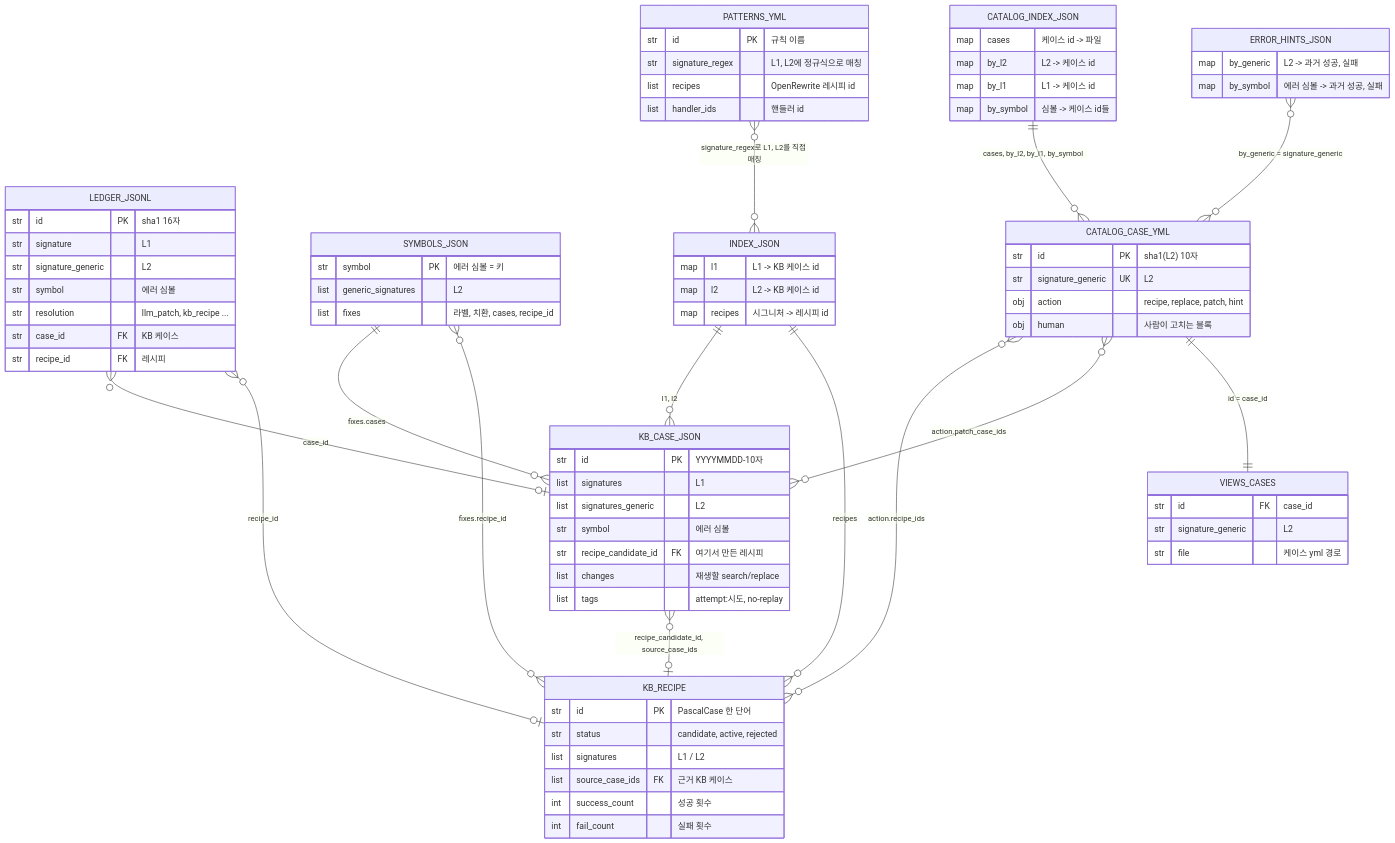
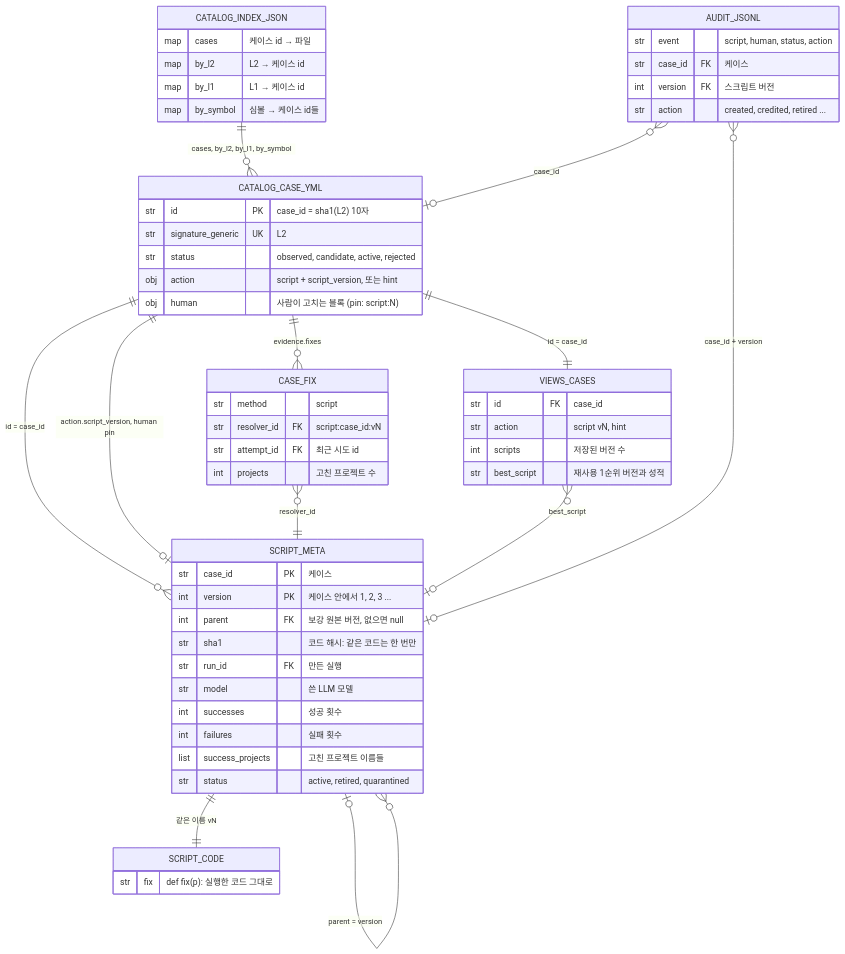
One commit to acandiatale/tutu changed the fourth of 7 diagrams in docs/kb-map/kb-map.md. Above: the diagram before and after it, drawn with Mermaid. The commit also changed other lines of this file and 3 other files, not shown here.

First line of the commit message:
Docs v2: INTERFACES 'as built' for step 1, KB map redrawn for kb-v2 (scripts, reviews), zoom no longer refits on its own label

````diff
--- a/docs/kb-map/kb-map.md
+++ b/docs/kb-map/kb-map.md
@@ -226,79 +293,60 @@
 ```mermaid
 erDiagram
-  KB_CASE_JSON {
-    str id PK "YYYYMMDD-10자"
-    list signatures "L1"
-    list signatures_generic "L2"
-    str symbol "에러 심볼"
-    str recipe_candidate_id FK "여기서 만든 레시피"
-    list changes "재생할 search/replace"
-    list tags "attempt:시도, no-replay"
+  CATALOG_CASE_YML {
+    str id PK "case_id = sha1(L2) 10자"
+    str signature_generic UK "L2"
+    str status "observed, candidate, active, rejected"
+    obj action "script + script_version, 또는 hint"
+    obj human "사람이 고치는 블록 (pin: script:N)"
   }
-  KB_RECIPE {
-    str id PK "PascalCase 한 단어"
-    str status "candidate, active, rejected"
-    list signatures "L1 / L2"
-    list source_case_ids FK "근거 KB 케이스"
-    int success_count "성공 횟수"
-    int fail_count "실패 횟수"
+  SCRIPT_META {
+    str case_id PK "케이스"
+    int version PK "케이스 안에서 1, 2, 3 ..."
+    int parent FK "보강 원본 버전, 없으면 null"
+    str sha1 "코드 해시: 같은 코드는 한 번만"
+    str run_id FK "만든 실행"
+    str model "쓴 LLM 모델"
+    int successes "성공 횟수"
+    int failures "실패 횟수"
+    list success_projects "고친 프로젝트 이름들"
+    str status "active, retired, quarantined"
   }
-  LEDGER_JSONL {
-    str id PK "sha1 16자"
-    str signature "L1"
-    str signature_generic "L2"
-    str symbol "에러 심볼"
-    str resolution "llm_patch, kb_recipe ..."
-    str case_id FK "KB 케이스"
-    str recipe_id FK "레시피"
+  SCRIPT_CODE {
+    str fix "def fix(p): 실행한 코드 그대로"
   }
-  SYMBOLS_JSON {
-    str symbol PK "에러 심볼 = 키"
-    list generic_signatures "L2"
-    list fixes "라벨, 치환, cases, recipe_id"
-  }
-  INDEX_JSON {
-    map l1 "L1 -> KB 케이스 id"
-    map l2 "L2 -> KB 케이스 id"
-    map recipes "시그니처 -> 레시피 id"
-  }
-  ERROR_HINTS_JSON {
-    map by_generic "L2 -> 과거 성공, 실패"
-    map by_symbol "에러 심볼 -> 과거 성공, 실패"
-  }
-  CATALOG_CASE_YML {
-    str id PK "sha1(L2) 10자"
-    str signature_generic UK "L2"
-    obj action "recipe, replace, patch, hint"
-    obj human "사람이 고치는 블록"
+  CASE_FIX {
+    str method "script"
+    str resolver_id FK "script:case_id:vN"
+    str attempt_id FK "최근 시도 id"
+    int projects "고친 프로젝트 수"
   }
   CATALOG_INDEX_JSON {
-    map cases "케이스 id -> 파일"
-    map by_l2 "L2 -> 케이스 id"
-    map by_l1 "L1 -> 케이스 id"
-    map by_symbol "심볼 -> 케이스 id들"
+    map cases "케이스 id → 파일"
+    map by_l2 "L2 → 케이스 id"
+    map by_l1 "L1 → 케이스 id"
+    map by_symbol "심볼 → 케이스 id들"
   }
   VIEWS_CASES {
     str id FK "case_id"
-    str signature_generic "L2"
-    str file "케이스 yml 경로"
+    str action "script vN, hint"
+    int scripts "저장된 버전 수"
+    str best_script "재사용 1순위 버전과 성적"
   }
-  PATTERNS_YML {
-    str id PK "규칙 이름"
-    str signature_regex "L1, L2에 정규식으로 매칭"
-    list recipes "OpenRewrite 레시피 id"
-    list handler_ids "핸들러 id"
+  AUDIT_JSONL {
+    str event "script, human, status, action"
+    str case_id FK "케이스"
+    int version FK "스크립트 버전"
+    str action "created, credited, retired ..."
   }
-  KB_CASE_JSON }o--o| KB_RECIPE : "recipe_candidate_id, source_case_ids"
-  LEDGER_JSONL }o--o| KB_CASE_JSON : "case_id"
-  LEDGER_JSONL }o--o| KB_RECIPE : "recipe_id"
-  SYMBOLS_JSON ||--o{ KB_CASE_JSON : "fixes.cases"
-  SYMBOLS_JSON }o--o{ KB_RECIPE : "fixes.recipe_id"
-  INDEX_JSON ||--o{ KB_CASE_JSON : "l1, l2"
-  INDEX_JSON ||--o{ KB_RECIPE : "recipes"
-  CATALOG_CASE_YML }o--o{ KB_RECIPE : "action.recipe_ids"
-  CATALOG_CASE_YML }o--o{ KB_CASE_JSON : "action.patch_case_ids"
+  CATALOG_CASE_YML ||--o{ SCRIPT_META : "id = case_id"
+  SCRIPT_META ||--|| SCRIPT_CODE : "같은 이름 vN"
+  SCRIPT_META |o--o{ SCRIPT_META : "parent = version"
+  CATALOG_CASE_YML ||--o| SCRIPT_META : "action.script_version, human pin"
+  CATALOG_CASE_YML ||--o{ CASE_FIX : "evidence.fixes"
+  CASE_FIX }o--|| SCRIPT_META : "resolver_id"
   CATALOG_INDEX_JSON ||--o{ CATALOG_CASE_YML : "cases, by_l2, by_l1, by_symbol"
-  ERROR_HINTS_JSON }o--o{ CATALOG_CASE_YML : "by_generic = signature_generic"
   CATALOG_CASE_YML ||--|| VIEWS_CASES : "id = case_id"
-  PATTERNS_YML }o--o{ INDEX_JSON : "signature_regex로 L1, L2를 직접 매칭"
+  VIEWS_CASES }o--o| SCRIPT_META : "best_script"
+  AUDIT_JSONL }o--o| SCRIPT_META : "case_id + version"
+  AUDIT_JSONL }o--o| CATALOG_CASE_YML : "case_id"
 ```
````
